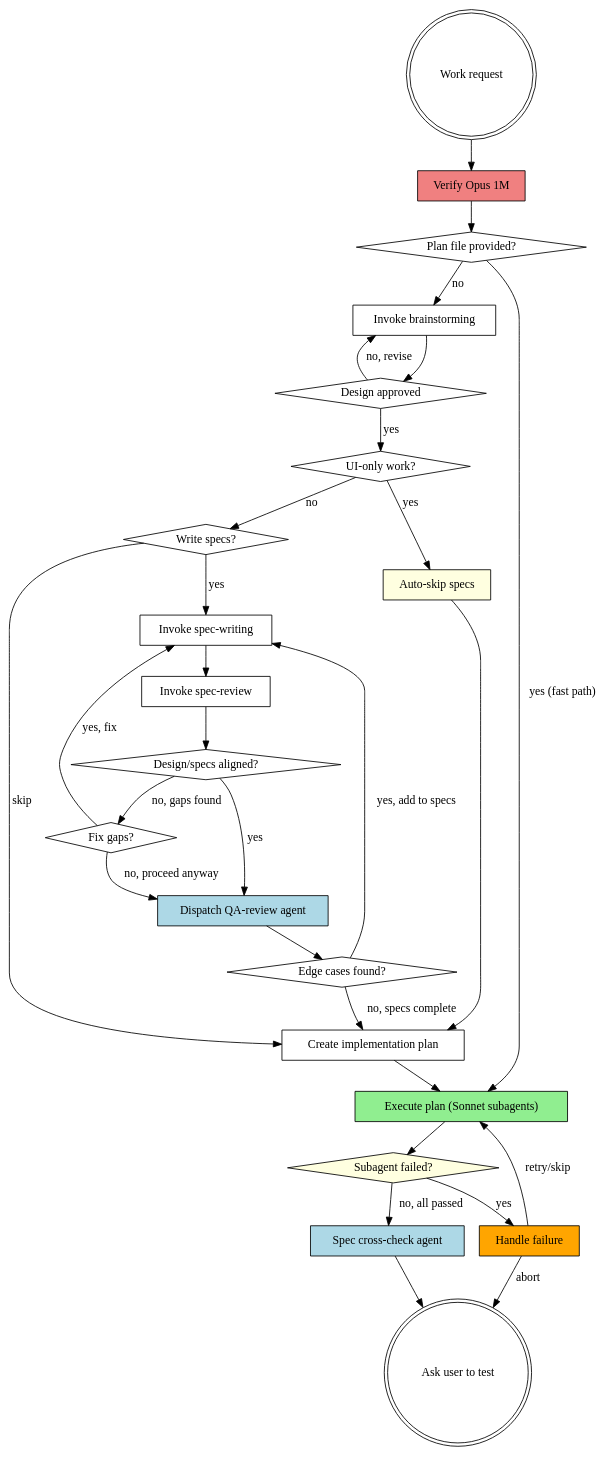
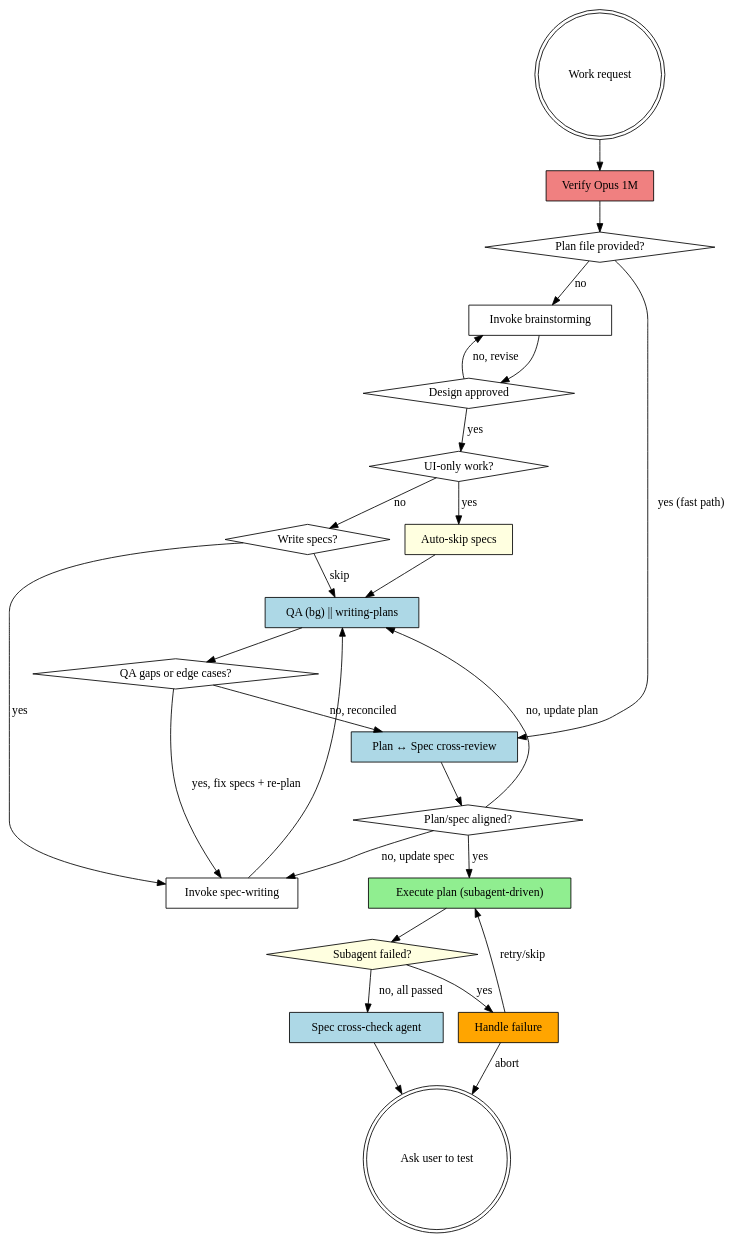
Before and after one commit to pandaworks-software-plt/pandahrms-skills: the diagram in skills/pipeline/SKILL.md, drawn with Graphviz. The commit also changed other lines of this file and 1 other file, not shown here.

First line of the commit message:
feat(pipeline): enforce SDD/TDD/SOLID/DDD, parallelize QA+plan, cut subagent timing

````diff
--- a/skills/pipeline/SKILL.md
+++ b/skills/pipeline/SKILL.md
@@ -76,53 +106,49 @@
 ```dot
 digraph pipeline {
     "Work request" [shape=doublecircle];
     "Verify Opus 1M" [shape=box, style=filled, fillcolor=lightcoral];
     "Plan file provided?" [shape=diamond];
     "Invoke brainstorming" [shape=box];
     "Design approved" [shape=diamond];
     "UI-only work?" [shape=diamond];
     "Auto-skip specs" [shape=box, style=filled, fillcolor=lightyellow];
     "Write specs?" [shape=diamond];
     "Invoke spec-writing" [shape=box];
-    "Invoke spec-review" [shape=box];
-    "Design/specs aligned?" [shape=diamond];
-    "Dispatch QA-review agent" [shape=box, style=filled, fillcolor=lightblue];
-    "Edge cases found?" [shape=diamond];
-    "Create implementation plan" [shape=box];
-    "Execute plan (Sonnet subagents)" [shape=box, style=filled, fillcolor=lightgreen];
+    "QA (bg) || writing-plans" [shape=box, style=filled, fillcolor=lightblue];
+    "QA gaps or edge cases?" [shape=diamond];
+    "Plan ↔ Spec cross-review" [shape=box, style=filled, fillcolor=lightblue];
+    "Plan/spec aligned?" [shape=diamond];
+    "Execute plan (subagent-driven)" [shape=box, style=filled, fillcolor=lightgreen];
     "Subagent failed?" [shape=diamond, style=filled, fillcolor=lightyellow];
     "Handle failure" [shape=box, style=filled, fillcolor=orange];
     "Spec cross-check agent" [shape=box, style=filled, fillcolor=lightblue];
     "Ask user to test" [shape=doublecircle];
 
     "Work request" -> "Verify Opus 1M";
     "Verify Opus 1M" -> "Plan file provided?";
-    "Plan file provided?" -> "Execute plan (Sonnet subagents)" [label="yes (fast path)"];
+    "Plan file provided?" -> "Plan ↔ Spec cross-review" [label="yes (fast path)"];
     "Plan file provided?" -> "Invoke brainstorming" [label="no"];
     "Invoke brainstorming" -> "Design approved";
     "Design approved" -> "Invoke brainstorming" [label="no, revise"];
     "Design approved" -> "UI-only work?" [label="yes"];
     "UI-only work?" -> "Auto-skip specs" [label="yes"];
-    "Auto-skip specs" -> "Create implementation plan";
+    "Auto-skip specs" -> "QA (bg) || writing-plans";
     "UI-only work?" -> "Write specs?" [label="no"];
     "Write specs?" -> "Invoke spec-writing" [label="yes"];
-    "Write specs?" -> "Create implementation plan" [label="skip"];
-    "Invoke spec-writing" -> "Invoke spec-review";
-    "Invoke spec-review" -> "Design/specs aligned?";
-    "Design/specs aligned?" -> "Fix gaps?" [label="no, gaps found"];
-    "Fix gaps?" [shape=diamond];
-    "Fix gaps?" -> "Invoke spec-writing" [label="yes, fix"];
-    "Fix gaps?" -> "Dispatch QA-review agent" [label="no, proceed anyway"];
-    "Design/specs aligned?" -> "Dispatch QA-review agent" [label="yes"];
-    "Dispatch QA-review agent" -> "Edge cases found?";
-    "Edge cases found?" -> "Invoke spec-writing" [label="yes, add to specs"];
-    "Edge cases found?" -> "Create implementation plan" [label="no, specs complete"];
-    "Create implementation plan" -> "Execute plan (Sonnet subagents)";
-    "Execute plan (Sonnet subagents)" -> "Subagent failed?";
+    "Write specs?" -> "QA (bg) || writing-plans" [label="skip"];
+    "Invoke spec-writing" -> "QA (bg) || writing-plans";
+    "QA (bg) || writing-plans" -> "QA gaps or edge cases?";
+    "QA gaps or edge cases?" -> "Invoke spec-writing" [label="yes, fix specs + re-plan"];
+    "QA gaps or edge cases?" -> "Plan ↔ Spec cross-review" [label="no, reconciled"];
+    "Plan ↔ Spec cross-review" -> "Plan/spec aligned?";
+    "Plan/spec aligned?" -> "QA (bg) || writing-plans" [label="no, update plan"];
+    "Plan/spec aligned?" -> "Invoke spec-writing" [label="no, update spec"];
+    "Plan/spec aligned?" -> "Execute plan (subagent-driven)" [label="yes"];
+    "Execute plan (subagent-driven)" -> "Subagent failed?";
     "Subagent failed?" -> "Handle failure" [label="yes"];
-    "Handle failure" -> "Execute plan (Sonnet subagents)" [label="retry/skip"];
+    "Handle failure" -> "Execute plan (subagent-driven)" [label="retry/skip"];
     "Handle failure" -> "Ask user to test" [label="abort"];
     "Subagent failed?" -> "Spec cross-check agent" [label="no, all passed"];
     "Spec cross-check agent" -> "Ask user to test";
 }
 ```
````
